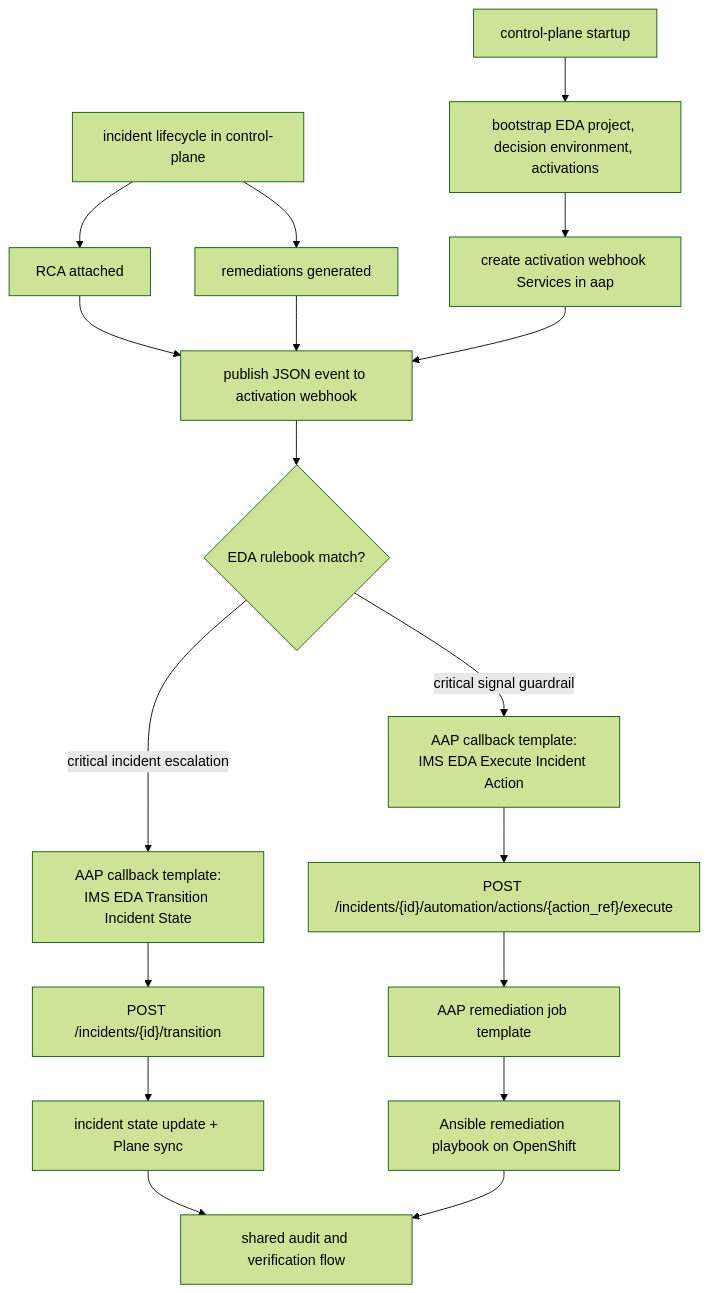
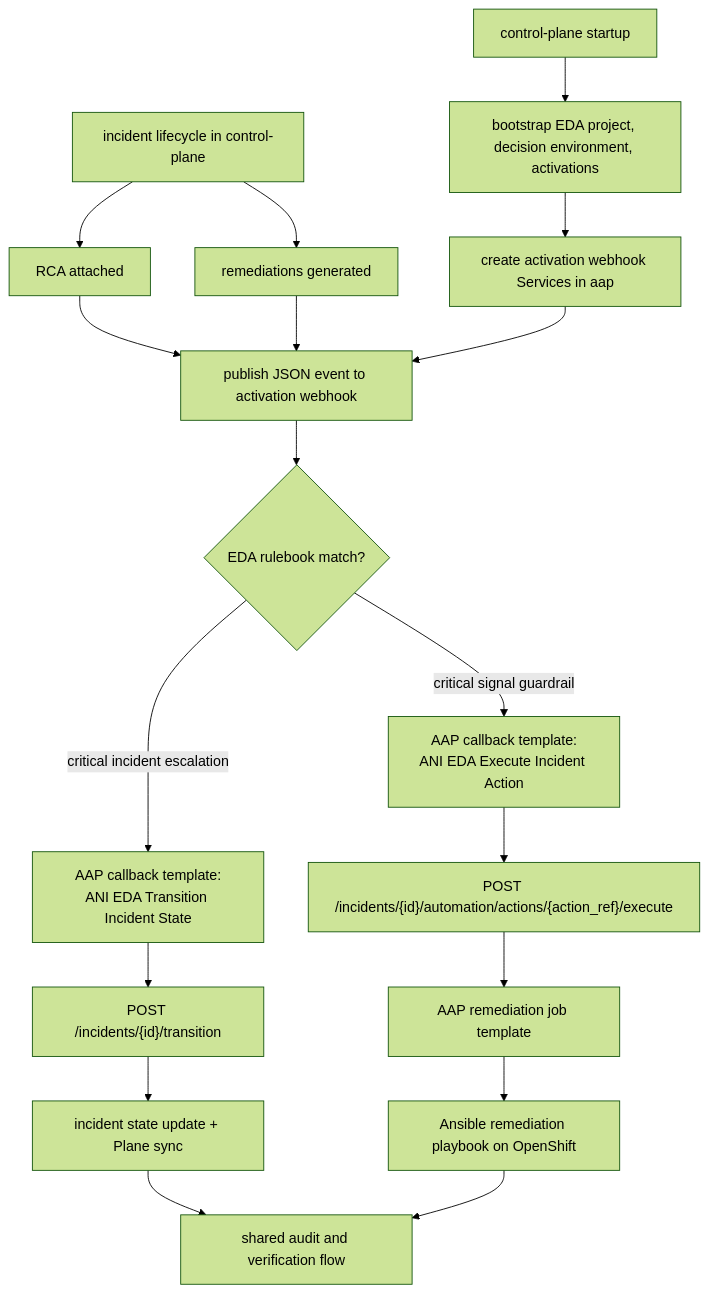
The diagram in docs/architecture/event-driven-ansible.md (rh-telco-tigers/Autonomous-Network-Intelligence-Anomaly-Detection-with-Red-Hat-OpenShift-AI), drawn with Mermaid (forest theme) before and after one commit. The commit also changed other lines of this file and 211 other files, not shown here.

First line of the commit message:
Rename platform prefixes from IMS to ANI.

````diff
--- a/docs/architecture/event-driven-ansible.md
+++ b/docs/architecture/event-driven-ansible.md
@@ -156,25 +156,25 @@
 ```mermaid
 flowchart TD
   Startup["control-plane startup"] --> Bootstrap["bootstrap EDA project, decision environment, activations"]
   Bootstrap --> Services["create activation webhook Services in aap"]
 
   Incident["incident lifecycle in control-plane"] --> RCA["RCA attached"]
   Incident --> Remeds["remediations generated"]
   RCA --> Publish["publish JSON event to activation webhook"]
   Remeds --> Publish
   Services --> Publish
 
   Publish --> Rulebook{"EDA rulebook match?"}
-  Rulebook -->|critical incident escalation| TransitionJT["AAP callback template:<br/>IMS EDA Transition Incident State"]
-  Rulebook -->|critical signal guardrail| ExecuteJT["AAP callback template:<br/>IMS EDA Execute Incident Action"]
+  Rulebook -->|critical incident escalation| TransitionJT["AAP callback template:<br/>ANI EDA Transition Incident State"]
+  Rulebook -->|critical signal guardrail| ExecuteJT["AAP callback template:<br/>ANI EDA Execute Incident Action"]
 
   TransitionJT --> TransitionAPI["POST /incidents/{id}/transition"]
   ExecuteJT --> ActionAPI["POST /incidents/{id}/automation/actions/{action_ref}/execute"]
 
   TransitionAPI --> Plane["incident state update + Plane sync"]
   ActionAPI --> AAPJT["AAP remediation job template"]
   AAPJT --> Playbook["Ansible remediation playbook on OpenShift"]
 
   Plane --> Audit["shared audit and verification flow"]
   Playbook --> Audit
 ```
````
